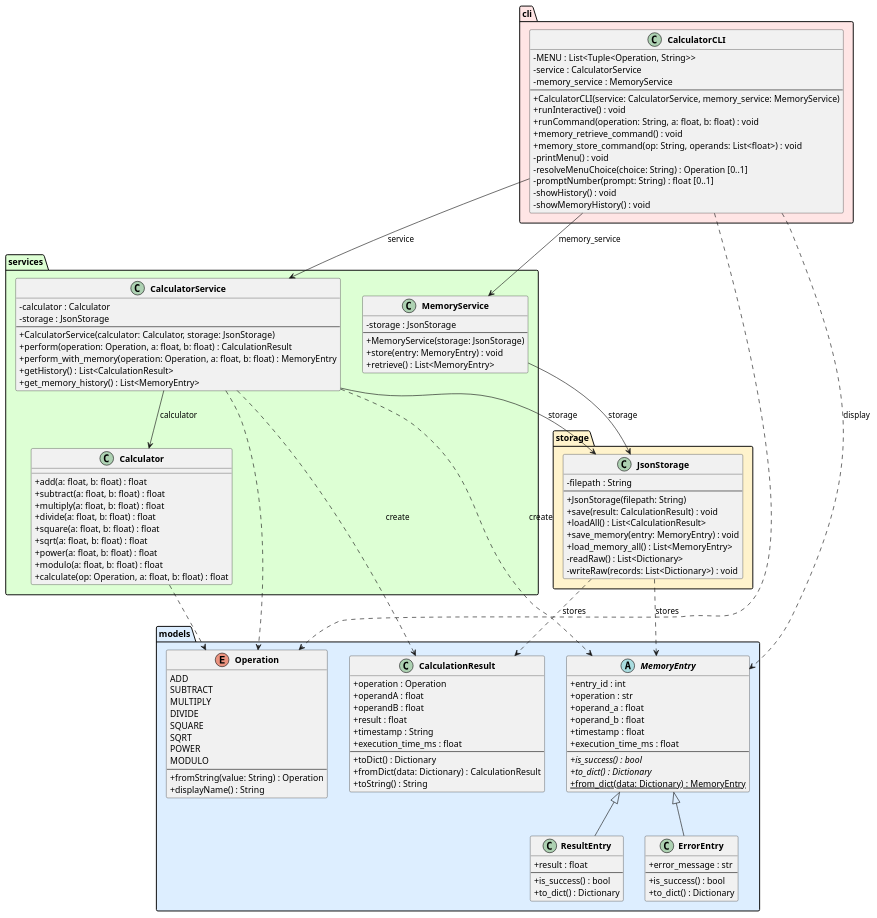
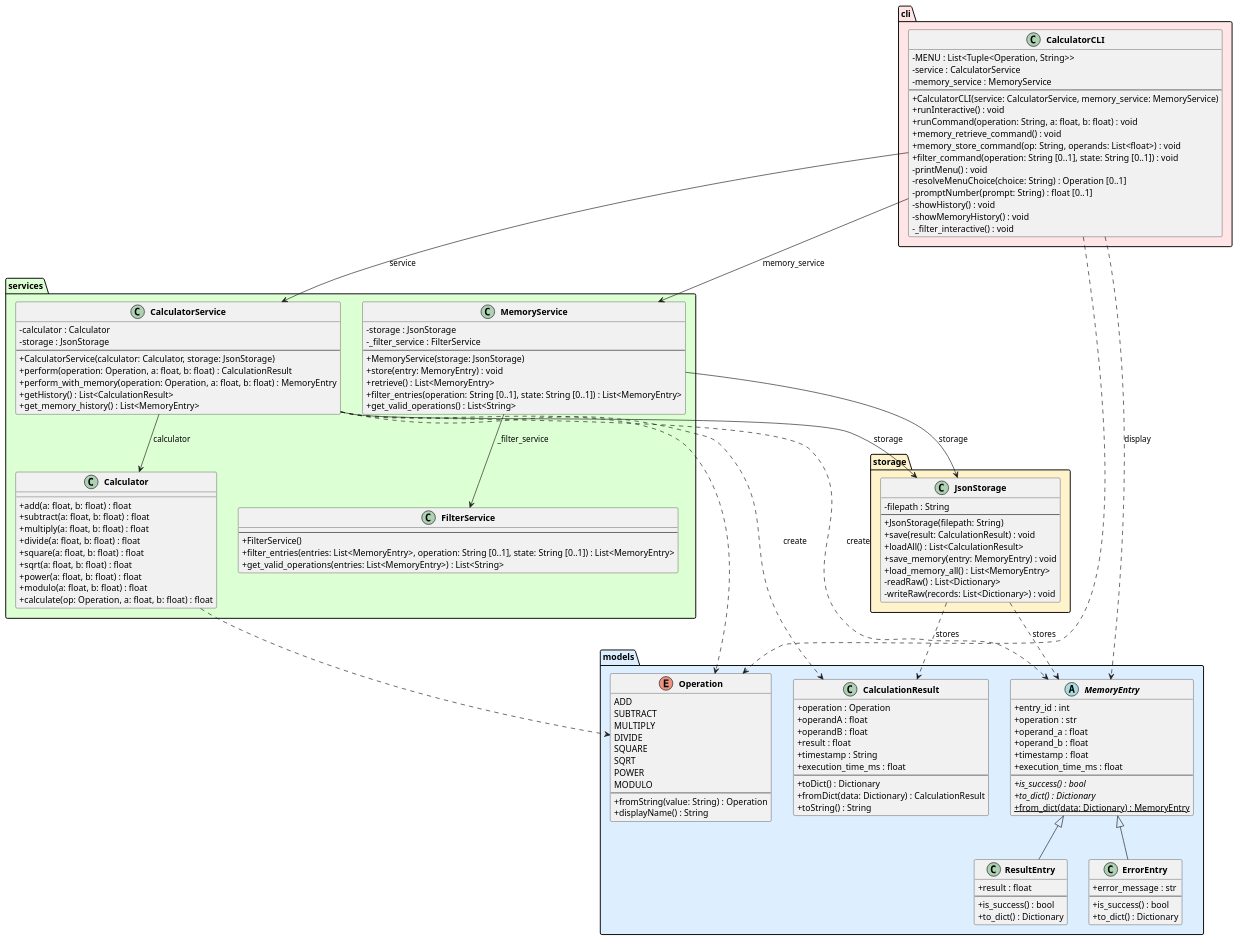
The diagram in experiments/broadcast/user_stories/calculator/artifacts/class_diagram.puml (DanielRiha8906/Software_autoevolution_using_agents), drawn with PlantUML before and after one commit. The commit also changed 6 other files, not shown here.

```diff
--- a/experiments/broadcast/user_stories/calculator/artifacts/class_diagram.puml
+++ b/experiments/broadcast/user_stories/calculator/artifacts/class_diagram.puml
@@ -1,146 +1,159 @@
 @startuml class_diagram
 
 skinparam classAttributeIconSize 0
 skinparam classFontStyle bold
 
 package "models" #DDEEFF {
     enum Operation {
         ADD
         SUBTRACT
         MULTIPLY
         DIVIDE
         SQUARE
         SQRT
         POWER
         MODULO
         --
         +fromString(value: String) : Operation
         +displayName() : String
     }
 
     class CalculationResult {
         +operation : Operation
         +operandA : float
         +operandB : float
         +result : float
         +timestamp : String
         +execution_time_ms : float
         --
         +toDict() : Dictionary
         +fromDict(data: Dictionary) : CalculationResult
         +toString() : String
     }
 
     abstract class MemoryEntry {
         +entry_id : int
         +operation : str
         +operand_a : float
         +operand_b : float
         +timestamp : float
         +execution_time_ms : float
         --
         +is_success() : bool {abstract}
         +to_dict() : Dictionary {abstract}
         +from_dict(data: Dictionary) : MemoryEntry {static}
     }
 
     class ResultEntry {
         +result : float
         --
         +is_success() : bool
         +to_dict() : Dictionary
     }
 
     class ErrorEntry {
         +error_message : str
         --
         +is_success() : bool
         +to_dict() : Dictionary
     }
 
     MemoryEntry <|-- ResultEntry
     MemoryEntry <|-- ErrorEntry
 }
 
 package "services" #DDFFD4 {
     class Calculator {
         +add(a: float, b: float) : float
         +subtract(a: float, b: float) : float
         +multiply(a: float, b: float) : float
         +divide(a: float, b: float) : float
         +square(a: float, b: float) : float
         +sqrt(a: float, b: float) : float
         +power(a: float, b: float) : float
         +modulo(a: float, b: float) : float
         +calculate(op: Operation, a: float, b: float) : float
     }
 
     class CalculatorService {
         -calculator : Calculator
         -storage : JsonStorage
         --
         +CalculatorService(calculator: Calculator, storage: JsonStorage)
         +perform(operation: Operation, a: float, b: float) : CalculationResult
         +perform_with_memory(operation: Operation, a: float, b: float) : MemoryEntry
         +getHistory() : List<CalculationResult>
         +get_memory_history() : List<MemoryEntry>
     }
 
+    class FilterService {
+        --
+        +FilterService()
+        +filter_entries(entries: List<MemoryEntry>, operation: String [0..1], state: String [0..1]) : List<MemoryEntry>
+        +get_valid_operations(entries: List<MemoryEntry>) : List<String>
+    }
+
     class MemoryService {
         -storage : JsonStorage
+        -_filter_service : FilterService
         --
         +MemoryService(storage: JsonStorage)
         +store(entry: MemoryEntry) : void
         +retrieve() : List<MemoryEntry>
+        +filter_entries(operation: String [0..1], state: String [0..1]) : List<MemoryEntry>
+        +get_valid_operations() : List<String>
     }
 }
 
 package "storage" #FFF3CC {
     class JsonStorage {
         -filepath : String
         --
         +JsonStorage(filepath: String)
         +save(result: CalculationResult) : void
         +loadAll() : List<CalculationResult>
         +save_memory(entry: MemoryEntry) : void
         +load_memory_all() : List<MemoryEntry>
         -readRaw() : List<Dictionary>
         -writeRaw(records: List<Dictionary>) : void
     }
 }
 
 package "cli" #FFE5E5 {
     class CalculatorCLI {
         -MENU : List<Tuple<Operation, String>>
         -service : CalculatorService
         -memory_service : MemoryService
         --
         +CalculatorCLI(service: CalculatorService, memory_service: MemoryService)
         +runInteractive() : void
         +runCommand(operation: String, a: float, b: float) : void
         +memory_retrieve_command() : void
         +memory_store_command(op: String, operands: List<float>) : void
+        +filter_command(operation: String [0..1], state: String [0..1]) : void
         -printMenu() : void
         -resolveMenuChoice(choice: String) : Operation [0..1]
         -promptNumber(prompt: String) : float [0..1]
         -showHistory() : void
         -showMemoryHistory() : void
+        -_filter_interactive() : void
     }
 }
 
 CalculatorCLI --> CalculatorService : service
 CalculatorCLI --> MemoryService : memory_service
 CalculatorService --> Calculator : calculator
 CalculatorService --> JsonStorage : storage
 MemoryService --> JsonStorage : storage
+MemoryService --> FilterService : _filter_service
 
 CalculatorService ..> CalculationResult : create
 CalculatorService ..> MemoryEntry : create
 CalculatorService ..> Operation
 CalculatorCLI ..> Operation
 CalculatorCLI ..> MemoryEntry : display
 Calculator ..> Operation
 JsonStorage ..> CalculationResult : stores
 JsonStorage ..> MemoryEntry : stores
 
 @enduml
```
